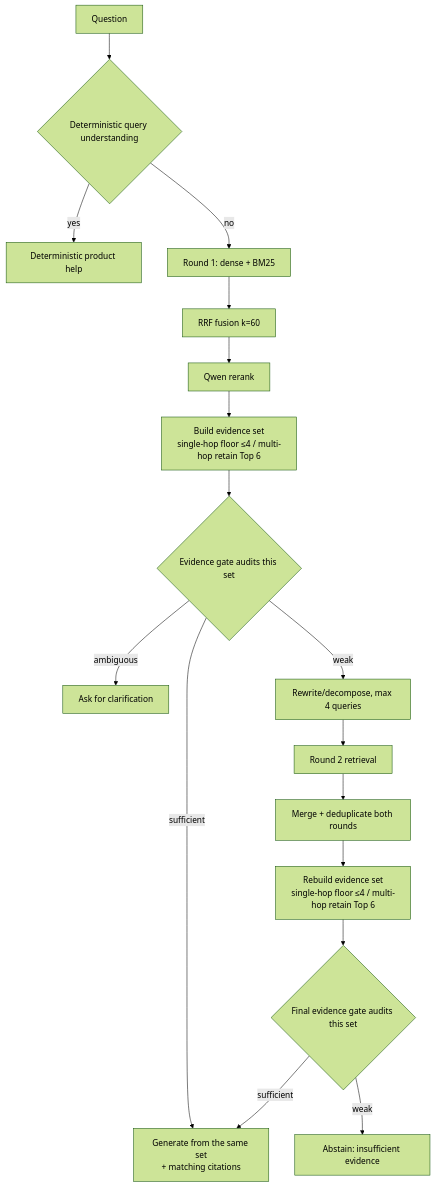
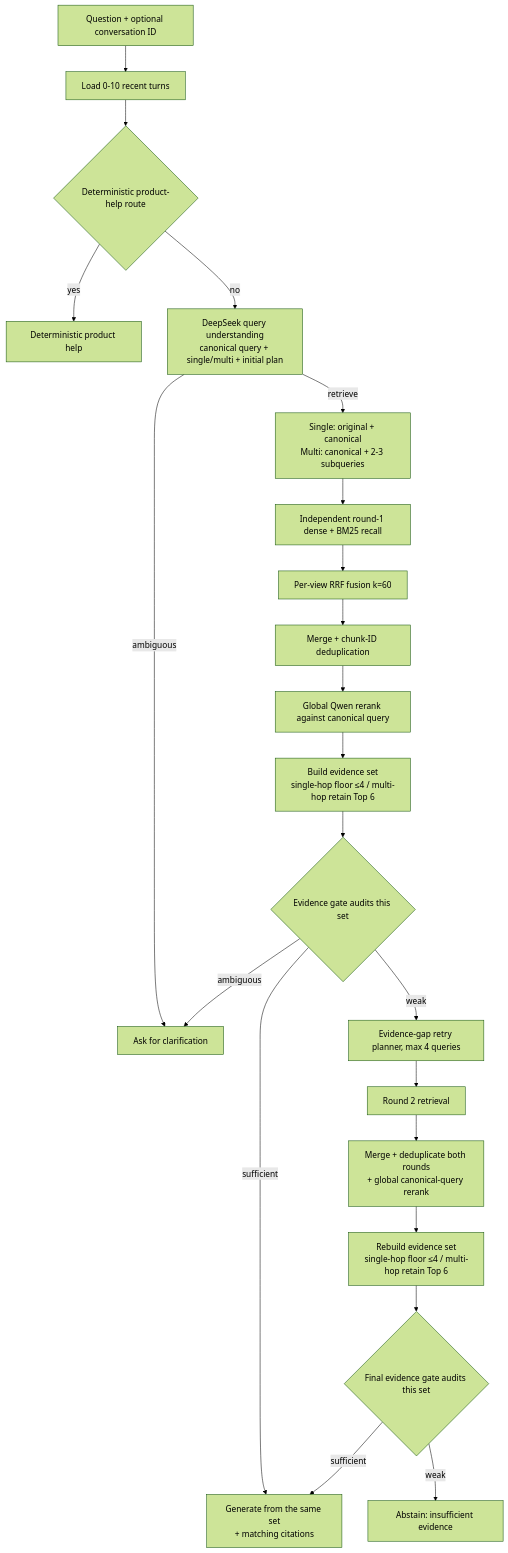
The second of 2 diagrams in docs/ARCHITECTURE.md (kinnyuww/traceable-agentic-rag), drawn with Mermaid (forest theme) before and after one commit. The commit also changed other lines of this file and 43 other files, not shown here.

````diff
--- a/docs/ARCHITECTURE.md
+++ b/docs/ARCHITECTURE.md
@@ -61,19 +61,24 @@
 ```mermaid
 flowchart TD
-  Q[Question] --> Help{Deterministic query understanding}
+  Q[Question + optional conversation ID] --> Memory[Load 0-10 recent turns]
+  Memory --> Help{Deterministic product-help route}
   Help -- yes --> Direct[Deterministic product help]
-  Help -- no --> R1[Round 1: dense + BM25]
-  R1 --> RRF[RRF fusion k=60]
-  RRF --> RR[Qwen rerank]
+  Help -- no --> Understand[DeepSeek query understanding\ncanonical query + single/multi + initial plan]
+  Understand -- ambiguous --> Clarify[Ask for clarification]
+  Understand -- retrieve --> Views[Single: original + canonical\nMulti: canonical + 2-3 subqueries]
+  Views --> R1[Independent round-1 dense + BM25 recall]
+  R1 --> RRF[Per-view RRF fusion k=60]
+  RRF --> Merge1[Merge + chunk-ID deduplication]
+  Merge1 --> RR[Global Qwen rerank against canonical query]
   RR --> ES1[Build evidence set\nsingle-hop floor ≤4 / multi-hop retain Top 6]
   ES1 --> Gate{Evidence gate audits this set}
   Gate -- sufficient --> Answer[Generate from the same set\n+ matching citations]
-  Gate -- ambiguous --> Clarify[Ask for clarification]
-  Gate -- weak --> Plan[Rewrite/decompose, max 4 queries]
+  Gate -- ambiguous --> Clarify
+  Gate -- weak --> Plan[Evidence-gap retry planner, max 4 queries]
   Plan --> R2[Round 2 retrieval]
-  R2 --> Merge[Merge + deduplicate both rounds]
+  R2 --> Merge[Merge + deduplicate both rounds\n+ global canonical-query rerank]
   Merge --> ES2[Rebuild evidence set\nsingle-hop floor ≤4 / multi-hop retain Top 6]
   ES2 --> Gate2{Final evidence gate audits this set}
   Gate2 -- sufficient --> Answer
   Gate2 -- weak --> Stop[Abstain: insufficient evidence]
 ```
````
